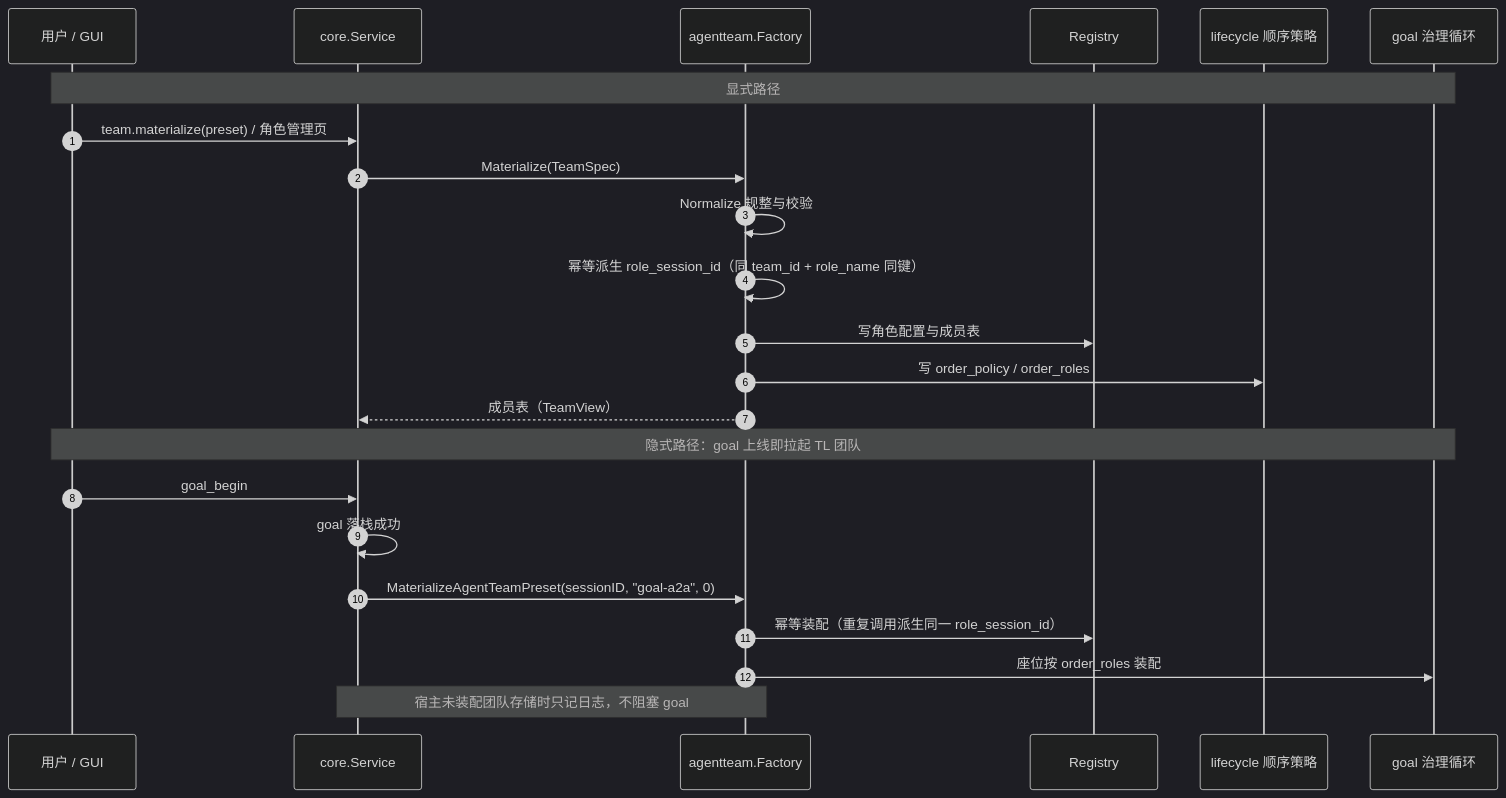
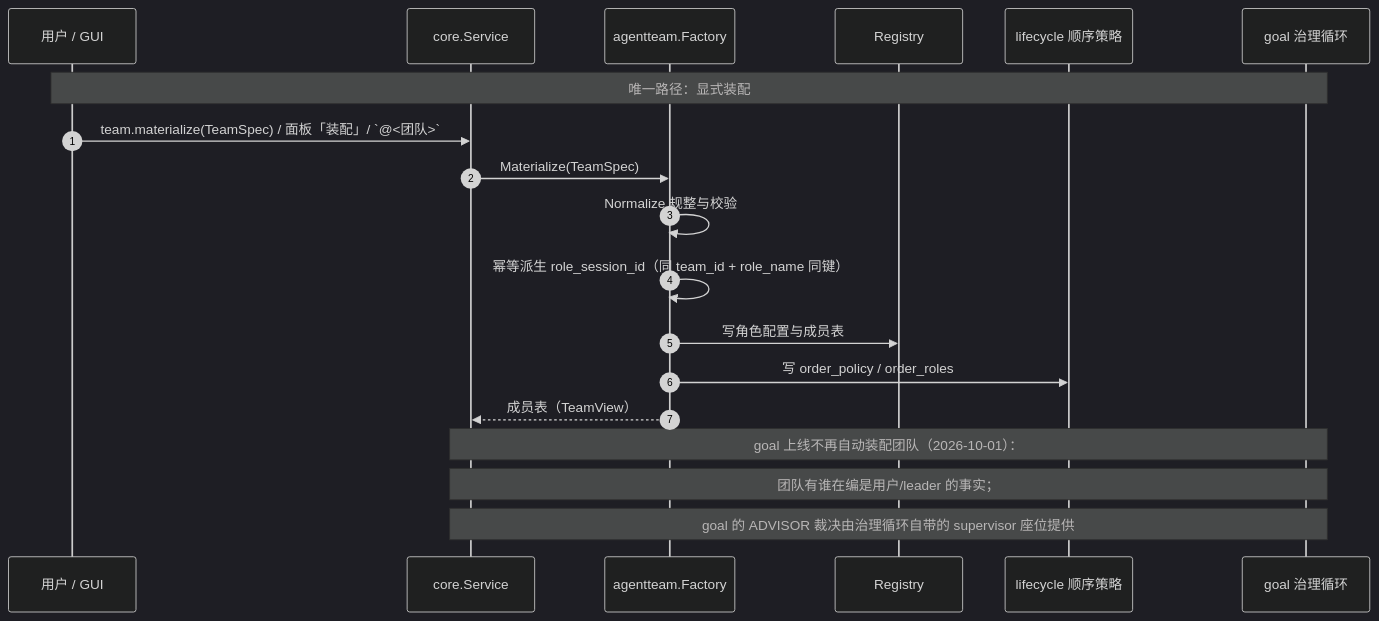
One commit to RedHuang-0622/seelex changed the second of 2 diagrams in application/core/agentteam/README.md. Above: the diagram before and after it, drawn with Mermaid (dark theme). The commit also changed other lines of this file and 45 other files, not shown here.

````diff
--- a/application/core/agentteam/README.md
+++ b/application/core/agentteam/README.md
@@ -90,27 +89,23 @@
 ```mermaid
 sequenceDiagram
     autonumber
     participant U as 用户 / GUI
     participant S as core.Service
     participant A as agentteam.Factory
     participant R as Registry
     participant L as lifecycle 顺序策略
     participant G as goal 治理循环
 
-    Note over U,G: 显式路径
-    U->>S: team.materialize(preset) / 角色管理页
+    Note over U,G: 唯一路径：显式装配
+    U->>S: team.materialize(TeamSpec) / 面板「装配」/ `@<团队>`
     S->>A: Materialize(TeamSpec)
     A->>A: Normalize 规整与校验
     A->>A: 幂等派生 role_session_id（同 team_id + role_name 同键）
     A->>R: 写角色配置与成员表
     A->>L: 写 order_policy / order_roles
     A-->>S: 成员表（TeamView）
 
-    Note over U,G: 隐式路径：goal 上线即拉起 TL 团队
-    U->>S: goal_begin
-    S->>S: goal 落栈成功
-    S->>A: MaterializeAgentTeamPreset(sessionID, "goal-a2a", 0)
-    A->>R: 幂等装配（重复调用派生同一 role_session_id）
-    A->>G: 座位按 order_roles 装配
-    Note over A,S: 宿主未装配团队存储时只记日志，不阻塞 goal
+    Note over S,G: goal 上线不再自动装配团队（2026-10-01）：
+    Note over S,G: 团队有谁在编是用户/leader 的事实；
+    Note over S,G: goal 的 ADVISOR 裁决由治理循环自带的 supervisor 座位提供
 ```
````
